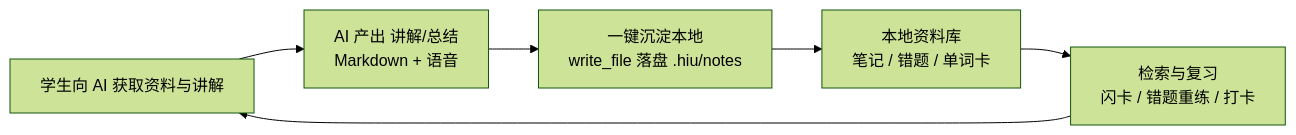
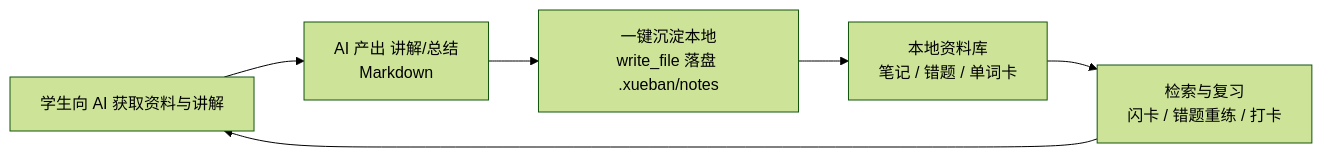
One commit to light-misty/Stealth-Study changed the first of 3 diagrams in docs/PRD-学伴AI.md. Above: the diagram before and after it, drawn with Mermaid (forest theme). The commit also changed other lines of this file and 3 other files, not shown here.

````diff
--- a/docs/PRD-学伴AI.md
+++ b/docs/PRD-学伴AI.md
@@ -41,8 +42,8 @@
 ```mermaid
 flowchart LR
-    A[学生向 AI 获取资料与讲解] --> B[AI 产出 讲解/总结<br/>Markdown + 语音]
-    B --> C[一键沉淀本地<br/>write_file 落盘 .hiu/notes]
+    A[学生向 AI 获取资料与讲解] --> B[AI 产出 讲解/总结<br/>Markdown]
+    B --> C[一键沉淀本地<br/>write_file 落盘 .xueban/notes]
     C --> D[本地资料库<br/>笔记 / 错题 / 单词卡]
     D --> E[检索与复习<br/>闪卡 / 错题重练 / 打卡]
     E --> A
 ```
````
